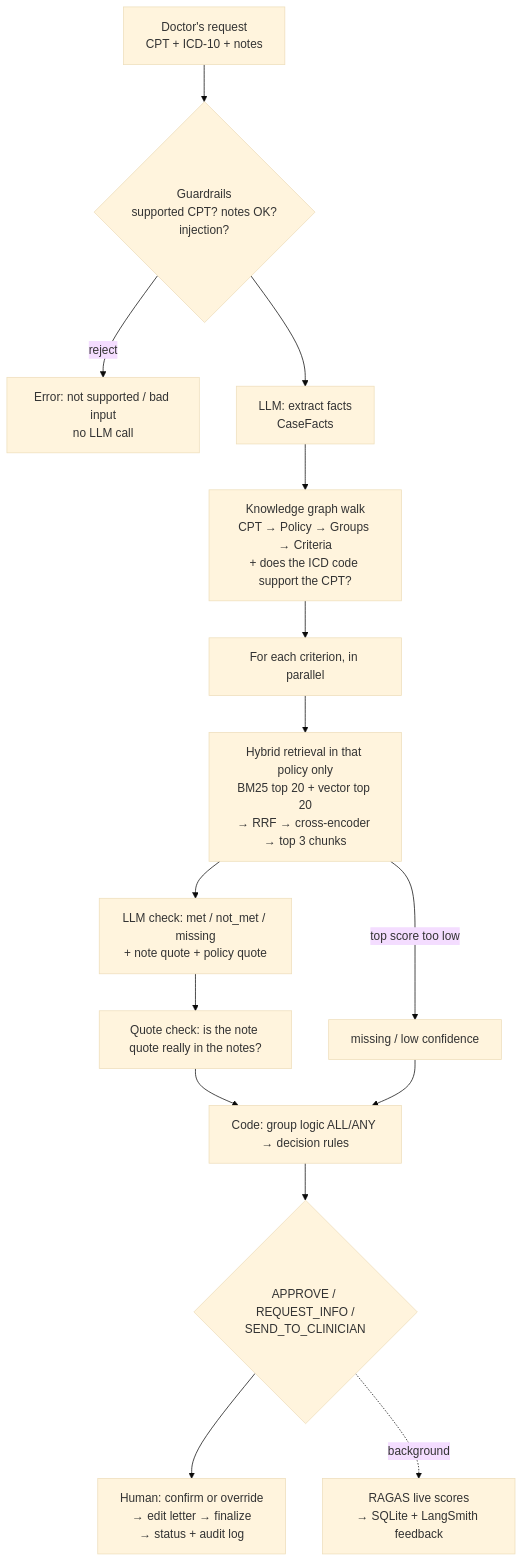
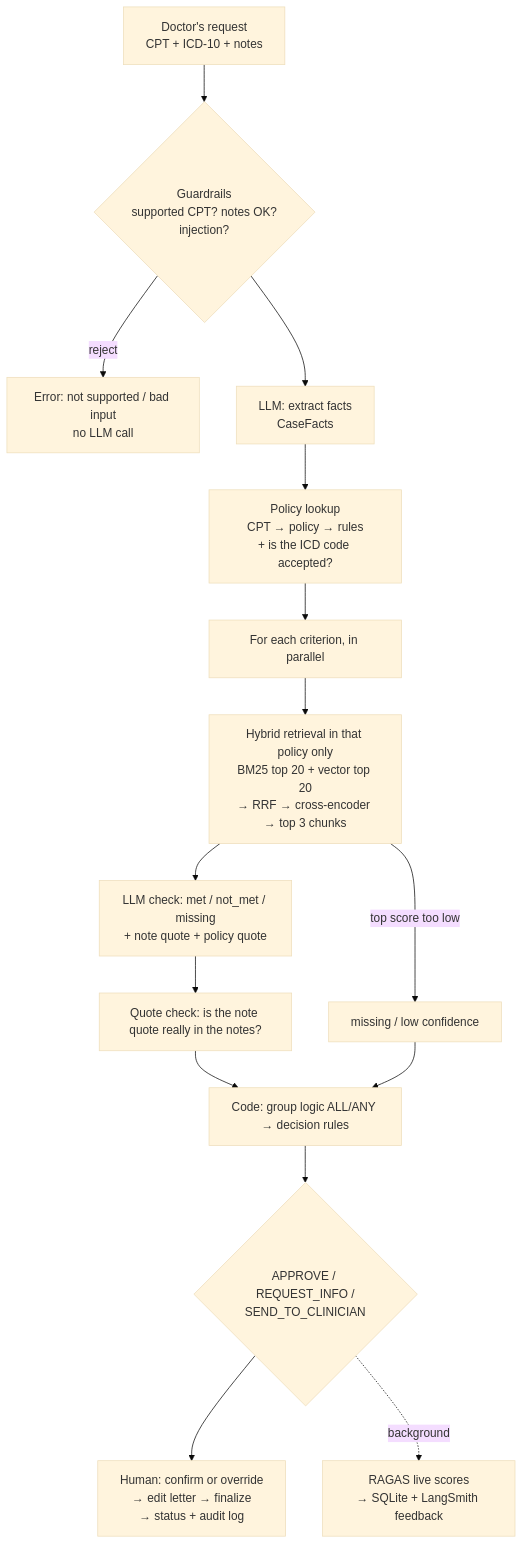
Before and after one commit to hemanthbuilds/priorauth-copilot: the diagram in HOW_IT_WORKS.md, drawn with Mermaid (base theme). The commit also changed other lines of this file and 30 other files, not shown here.

First line of the commit message:
Replace the knowledge graph with a plain policy lookup; add real-policy eval set

````diff
--- a/HOW_IT_WORKS.md
+++ b/HOW_IT_WORKS.md
@@ -5,17 +5,17 @@
 ```mermaid
 flowchart TD
     A[Doctor's request<br/>CPT + ICD-10 + notes] --> G{Guardrails<br/>supported CPT? notes OK?<br/>injection?}
     G -- reject --> X[Error: not supported / bad input<br/>no LLM call]
     G --> E[LLM: extract facts<br/>CaseFacts]
-    E --> K[Knowledge graph walk<br/>CPT → Policy → Groups → Criteria<br/>+ does the ICD code support the CPT?]
+    E --> K[Policy lookup<br/>CPT → policy → rules<br/>+ is the ICD code accepted?]
     K --> P[For each criterion, in parallel]
     P --> R[Hybrid retrieval in that policy only<br/>BM25 top 20 + vector top 20<br/>→ RRF → cross-encoder → top 3 chunks]
     R -- top score too low --> M[missing / low confidence]
     R --> C[LLM check: met / not_met / missing<br/>+ note quote + policy quote]
     C --> Q[Quote check: is the note quote really in the notes?]
     Q --> D[Code: group logic ALL/ANY → decision rules]
     M --> D
     D --> O{APPROVE / REQUEST_INFO /<br/>SEND_TO_CLINICIAN}
     O --> H[Human: confirm or override<br/>→ edit letter → finalize<br/>→ status + audit log]
     O -.background.-> S[RAGAS live scores<br/>→ SQLite + LangSmith feedback]
 ```
````
